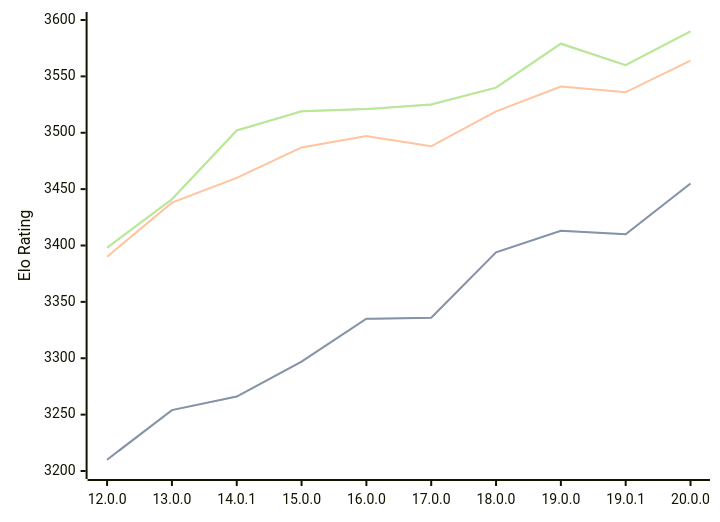
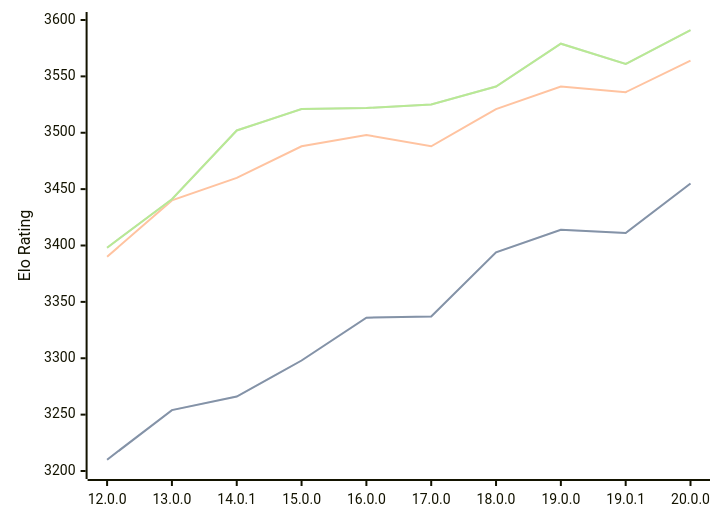
One commit to computer-chess-index/cci changed the diagram in engines/Viridithas.md. Above: the diagram before and after it, drawn with Mermaid. The commit also changed other lines of this file, not shown here.

Commit message:
Update CCI Ratings (ELO VLTC) - 2026-09-16

````diff
--- a/engines/Viridithas.md
+++ b/engines/Viridithas.md
@@ -40,11 +40,11 @@
 ```mermaid
 %%{init: {"theme":"base","themeVariables":{"seriesColors:['#a3a3a3','#222221','#faa371']}}}%%
 xychart-beta
   x-axis ["12.0.0", "13.0.0", "14.0.1", "15.0.0", "16.0.0", "17.0.0", "18.0.0", "19.0.0", "19.0.1", "20.0.0"]
   y-axis "Elo Rating" 3200 --> 3600
-  line "" [3210, 3254, 3266, 3297, 3335, 3336, 3394, 3413, 3410, 3455]
-  line "STC (8.0+0.08s)" [3210, 3254, 3266, 3297, 3335, 3336, 3394, 3413, 3410, 3455]
-  line "LTC (60.0+0.60s)" [3390, 3438, 3460, 3487, 3497, 3488, 3519, 3541, 3536, 3564]
-  line "" [3398, 3441, 3502, 3519, 3521, 3525, 3540, 3579, 3560, 3590]
-  line "VLTC (2m24s+1.12s)" [3398, 3441, 3502, 3519, 3521, 3525, 3540, 3579, 3560, 3590]
+  line "" [3210, 3254, 3266, 3298, 3336, 3337, 3394, 3414, 3411, 3455]
+  line "STC (8.0+0.08s)" [3210, 3254, 3266, 3298, 3336, 3337, 3394, 3414, 3411, 3455]
+  line "LTC (60.0+0.60s)" [3390, 3440, 3460, 3488, 3498, 3488, 3521, 3541, 3536, 3564]
+  line "" [3398, 3441, 3502, 3521, 3522, 3525, 3541, 3579, 3561, 3591]
+  line "VLTC (2m24s+1.12s)" [3398, 3441, 3502, 3521, 3522, 3525, 3541, 3579, 3561, 3591]
 ```
````
